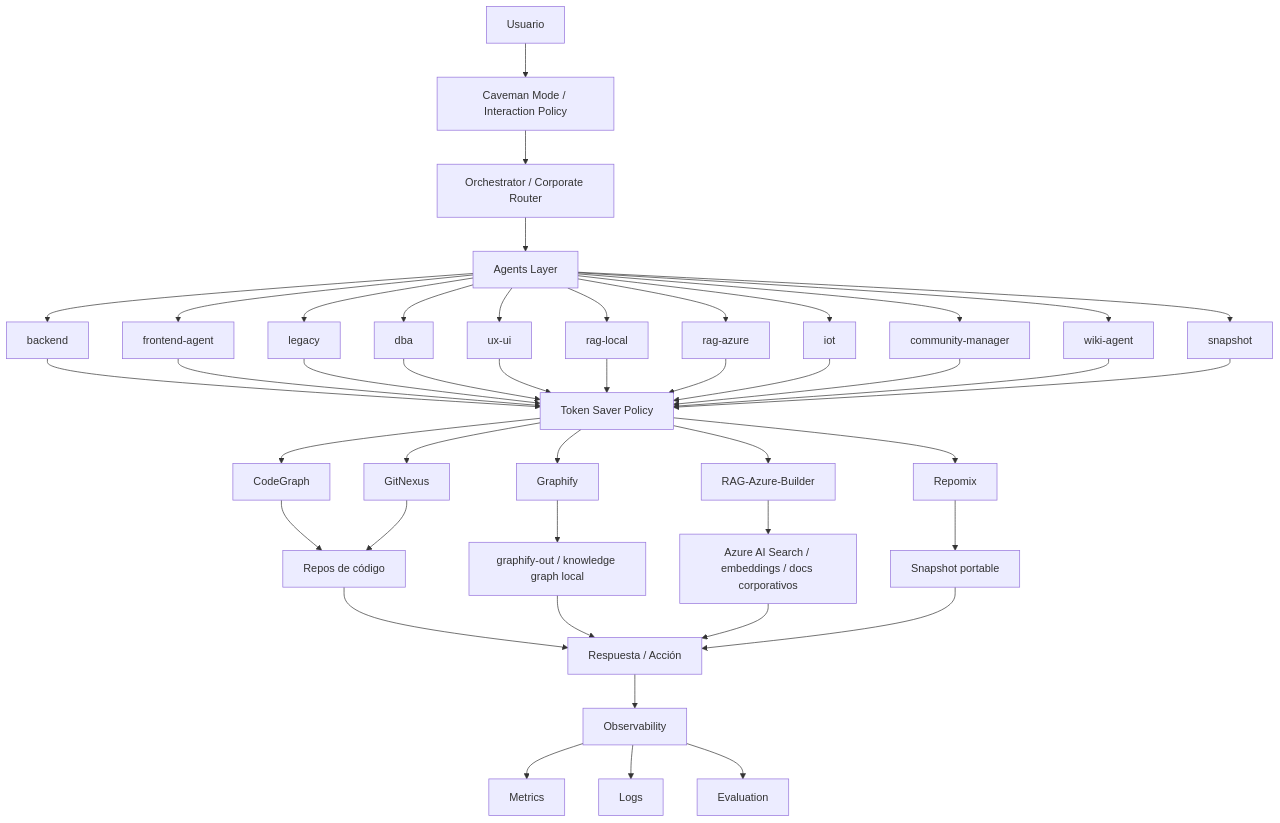
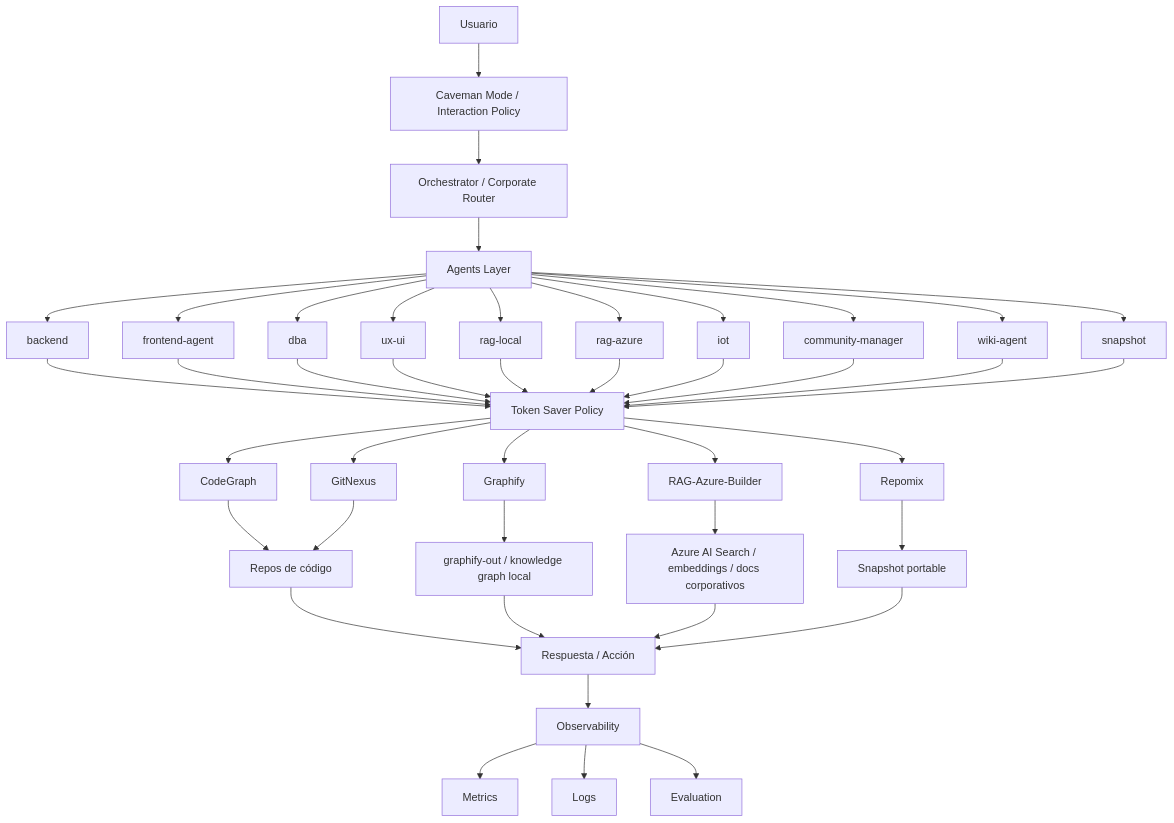
The diagram in ARCHITECTURE.md (Sertxito/mcp-efficiency-engine), drawn with Mermaid before and after one commit. The commit also changed other lines of this file and 94 other files, not shown here.

````diff
--- a/ARCHITECTURE.md
+++ b/ARCHITECTURE.md
@@ -3,52 +3,50 @@
 ```mermaid
 flowchart TD
     U[Usuario] --> CM[Caveman Mode / Interaction Policy]
     CM --> O[Orchestrator / Corporate Router]
     O --> A[Agents Layer]
 
     A --> DEV[backend]
     A --> FE[frontend-agent]
-    A --> LEG[legacy]
     A --> DBA[dba]
     A --> UX[ux-ui]
     A --> RAG[rag-local]
     A --> AZ[rag-azure]
     A --> IOT[iot]
     A --> COM[community-manager]
     A --> WIKI[wiki-agent]
     A --> SNAP[snapshot]
 
     DEV --> TS[Token Saver Policy]
     FE --> TS
-    LEG --> TS
     DBA --> TS
     UX --> TS
     RAG --> TS
     AZ --> TS
     IOT --> TS
     COM --> TS
     WIKI --> TS
     SNAP --> TS
 
     TS --> CG[CodeGraph]
     TS --> GN[GitNexus]
     TS --> GF[Graphify]
     TS --> AZRAG[RAG-Azure-Builder]
     TS --> RPM[Repomix]
 
     CG --> CODE[Repos de código]
     GN --> CODE
     GF --> KG[graphify-out / knowledge graph local]
     AZRAG --> AIS[Azure AI Search / embeddings / docs corporativos]
     RPM --> SNAPOUT[Snapshot portable]
 
     CODE --> RESP[Respuesta / Acción]
     KG --> RESP
     AIS --> RESP
     SNAPOUT --> RESP
 
     RESP --> OBS[Observability]
     OBS --> MET[Metrics]
     OBS --> LOGS[Logs]
     OBS --> EVAL[Evaluation]
 ```
````
